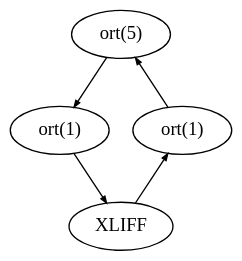
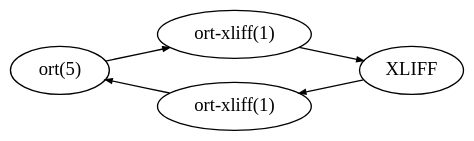
One commit to kristapsdz/openradtool changed the diagram in index-fig6.dot. Above: the diagram before and after it, drawn with Graphviz. The commit also changed 12 other files, not shown here.

```diff
--- a/index-fig6.dot
+++ b/index-fig6.dot
@@ -1,16 +1,17 @@
 digraph {
 	edge [arrowsize="0.5";];
 	bgcolor="transparent";
+	rankdir="LR";
 
 	cfg[label="ort(5)"];
-	bin[label="ort(1)"];
-	bin2[label="ort(1)"];
+	bin[label="ort-xliff(1)"];
+	bin2[label="ort-xliff(1)"];
 	xliff[label="XLIFF"];
 
 	cfg -> bin;
 	bin -> xliff;
 	xliff -> bin2;
 	bin2 -> cfg;
 
 	{ rank=same; bin; bin2; }
 }
```
